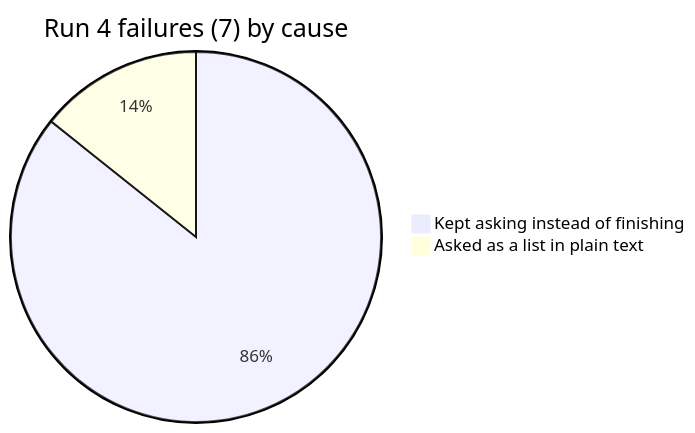
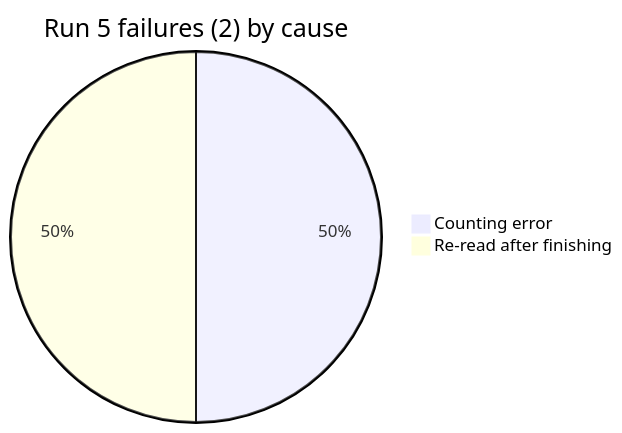
The second of 2 diagrams in evals/results/2026-10-25-gpt-5-nano-breakdown.md (remy-plus/remy), drawn with Mermaid before and after one commit. The commit also changed other lines of this file and 2 other files, not shown here.

Commit message:
evals: GPT-5 nano run 5 (k=5, 99%) and breakdown

````diff
--- a/evals/results/2026-10-25-gpt-5-nano-breakdown.md
+++ b/evals/results/2026-10-25-gpt-5-nano-breakdown.md
@@ -52,5 +52,5 @@
 ```mermaid
-pie title Run 4 failures (7) by cause
-    "Kept asking instead of finishing" : 6
-    "Asked as a list in plain text" : 1
+pie title Run 5 failures (2) by cause
+    "Counting error" : 1
+    "Re-read after finishing" : 1
 ```
````
